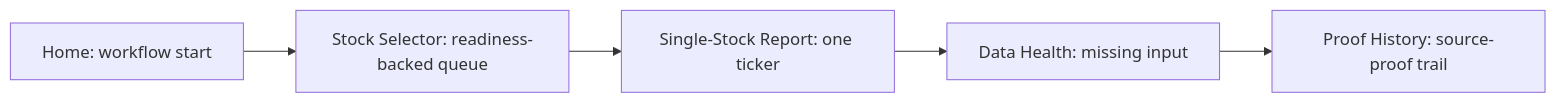
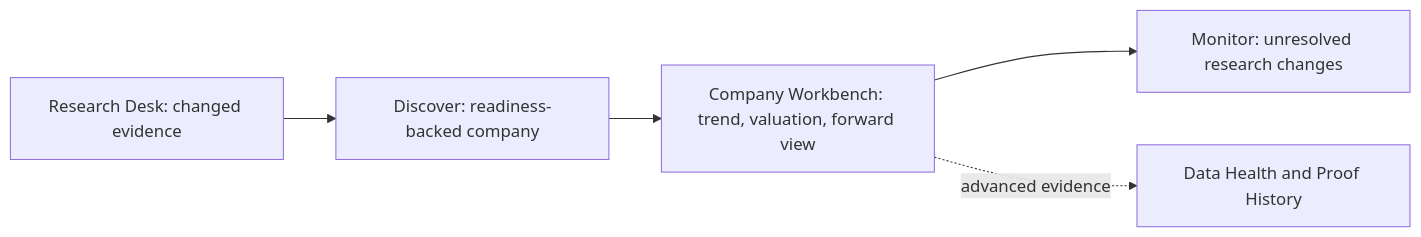
Before and after one commit to YuzeJ21/Stock-Analysis: the diagram in README.md, drawn with Mermaid. The commit also changed other lines of this file and 13 other files, not shown here.

````diff
--- a/README.md
+++ b/README.md
@@ -30,7 +36,7 @@
 ```mermaid
 flowchart LR
-    Home["Home: workflow start"] --> Selector["Stock Selector: readiness-backed queue"]
-    Selector --> Report["Single-Stock Report: one ticker"]
-    Report --> Health["Data Health: missing input"]
-    Health --> Proof["Proof History: source-proof trail"]
+    Desk["Research Desk: changed evidence"] --> Discover["Discover: readiness-backed company"]
+    Discover --> Workbench["Company Workbench: trend, valuation, forward view"]
+    Workbench --> Monitor["Monitor: unresolved research changes"]
+    Workbench -. advanced evidence .-> Health["Data Health and Proof History"]
 ```
````
